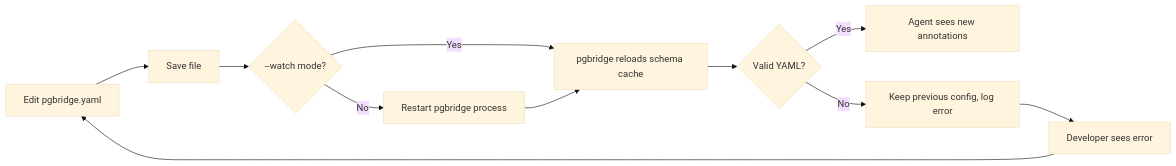
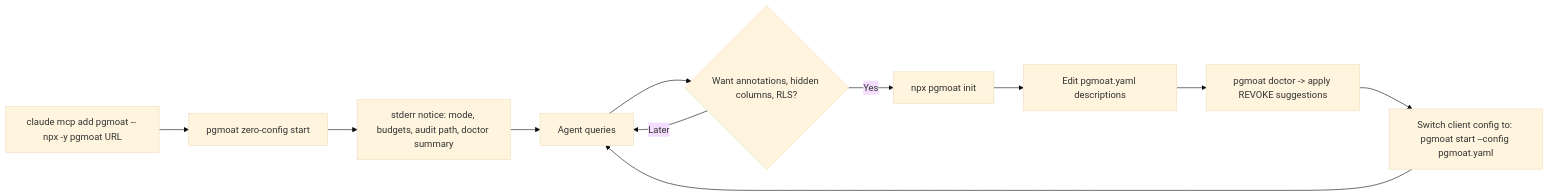
One commit to Kitalon-Labs-LLC/pgmoat changed the second of 14 diagrams in pgmoat-appflow.md. Above: the diagram before and after it, drawn with Mermaid (base theme). The commit also changed other lines of this file and 11 other files, not shown here.

````diff
--- a/pgmoat-appflow.md
+++ b/pgmoat-appflow.md
@@ -63,12 +39,13 @@
 ```mermaid
 flowchart LR
-    Edit[Edit pgbridge.yaml] --> Save[Save file]
-    Save --> Watch{--watch mode?}
-    Watch -- Yes --> Reload[pgbridge reloads schema cache]
-    Reload --> Valid{Valid YAML?}
-    Valid -- Yes --> Done1[Agent sees new annotations]
-    Valid -- No --> KeepOld[Keep previous config, log error] --> FixEdit[Developer sees error]
-    FixEdit --> Edit
-    Watch -- No --> Restart[Restart pgbridge process]
-    Restart --> Reload
+    A[claude mcp add pgmoat -- npx -y pgmoat URL] --> B[pgmoat zero-config start]
+    B --> C[stderr notice: mode, budgets, audit path, doctor summary]
+    C --> D[Agent queries]
+    D --> E{Want annotations, hidden columns, RLS?}
+    E -- Later --> D
+    E -- Yes --> F[npx pgmoat init]
+    F --> G[Edit pgmoat.yaml descriptions]
+    G --> H[pgmoat doctor -> apply REVOKE suggestions]
+    H --> I[Switch client config to: pgmoat start --config pgmoat.yaml]
+    I --> D
 ```
````
